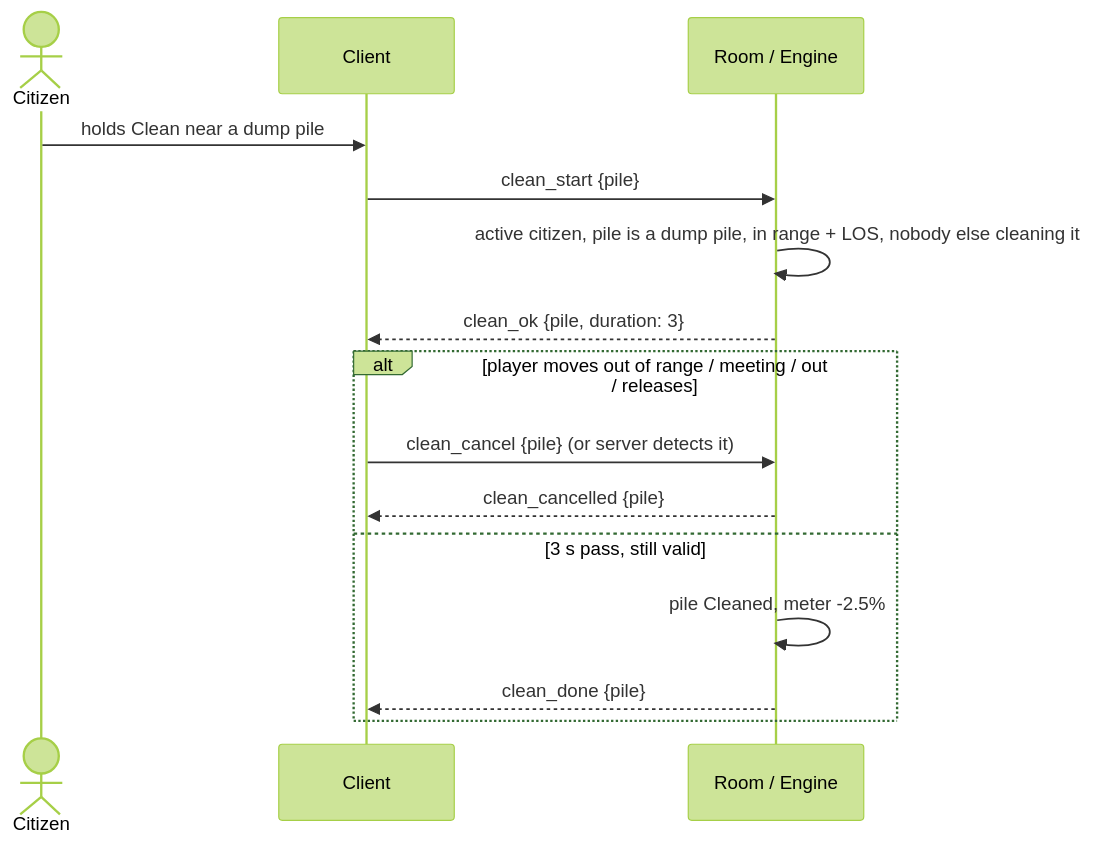
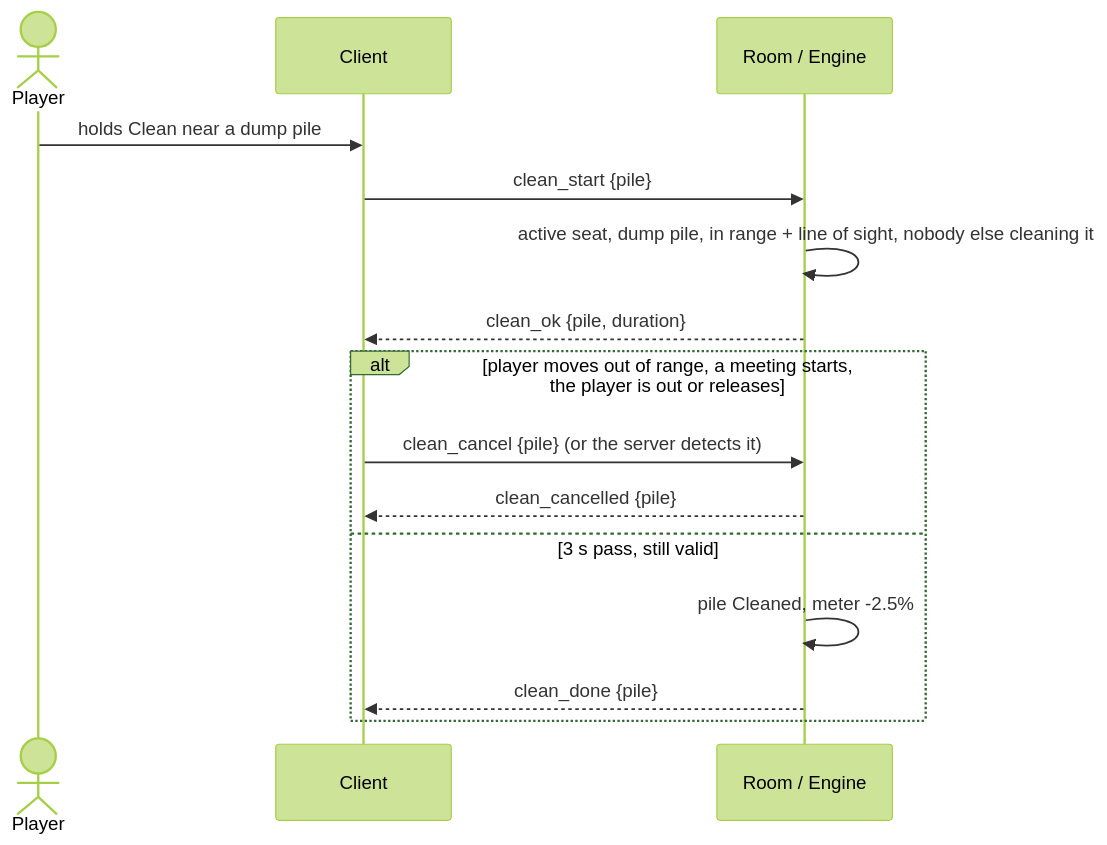
Before and after one commit to Faouzi-Blibech/EcoSus-Uncycled: the sixth of 11 diagrams in docs/architecture/05-sequences.md, drawn with Mermaid (forest theme). The commit also changed other lines of this file and 11 other files, not shown here.

Commit message:
docs: second design review (2026-11-14) for the architecture views and the design spec

````diff
--- a/docs/architecture/05-sequences.md
+++ b/docs/architecture/05-sequences.md
@@ -122,17 +128,17 @@
 ```mermaid
 sequenceDiagram
-    actor P as Citizen
+    actor P as Player
     participant C as Client
     participant R as Room / Engine
     P->>C: holds Clean near a dump pile
     C->>R: clean_start {pile}
-    R->>R: active citizen, pile is a dump pile, in range + LOS, nobody else cleaning it
-    R-->>C: clean_ok {pile, duration: 3}
-    alt player moves out of range / meeting / out / releases
-        C->>R: clean_cancel {pile} (or server detects it)
+    R->>R: active seat, dump pile, in range + line of sight, nobody else cleaning it
+    R-->>C: clean_ok {pile, duration}
+    alt player moves out of range, a meeting starts, the player is out or releases
+        C->>R: clean_cancel {pile} (or the server detects it)
         R-->>C: clean_cancelled {pile}
     else 3 s pass, still valid
         R->>R: pile Cleaned, meter -2.5%
         R-->>C: clean_done {pile}
     end
 ```
````
